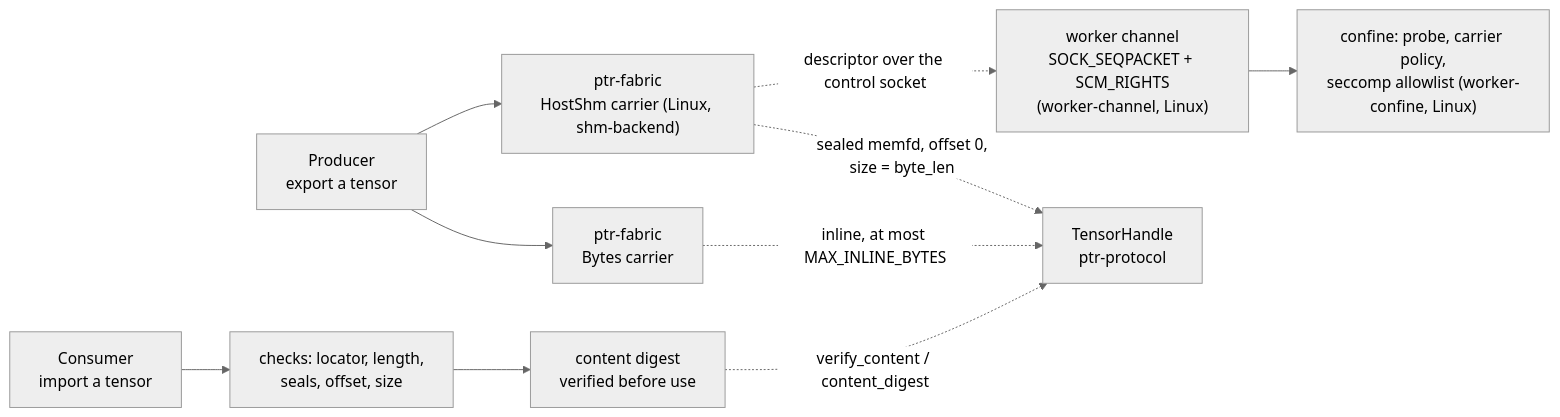
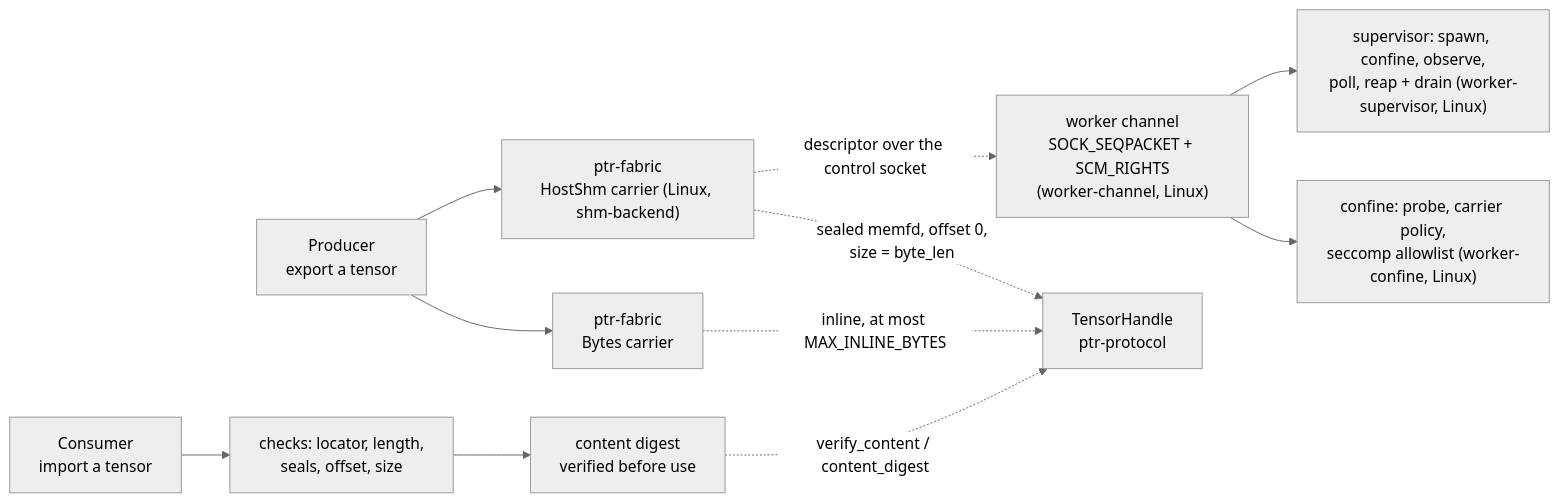
Before and after one commit to xrey167/PTR: the diagram in docs/diagrams/components/ptr-fabric.mmd, drawn with Mermaid (neutral theme). The commit also changed 34 other files, not shown here.

```diff
--- a/docs/diagrams/components/ptr-fabric.mmd
+++ b/docs/diagrams/components/ptr-fabric.mmd
@@ -1,10 +1,11 @@
 flowchart LR
     P["Producer\nexport a tensor"] --> B["ptr-fabric\nBytes carrier"]
     P --> S["ptr-fabric\nHostShm carrier (Linux, shm-backend)"]
     B -. "inline, at most MAX_INLINE_BYTES" .-> H["TensorHandle\nptr-protocol"]
     S -. "sealed memfd, offset 0,\nsize = byte_len" .-> H
     C["Consumer\nimport a tensor"] --> V["checks: locator, length,\nseals, offset, size"]
     V --> D["content digest\nverified before use"]
     D -. "verify_content / content_digest" .-> H
     S -. "descriptor over the control socket" .-> W["worker channel\nSOCK_SEQPACKET + SCM_RIGHTS\n(worker-channel, Linux)"]
     W --> K["confine: probe, carrier policy,\nseccomp allowlist (worker-confine, Linux)"]
+    W --> U["supervisor: spawn, confine, observe,\npoll, reap + drain (worker-supervisor, Linux)"]
```
